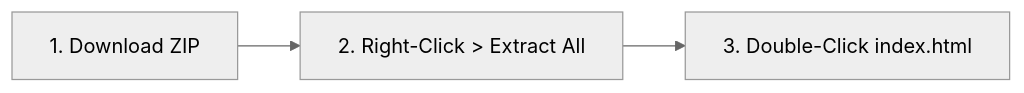
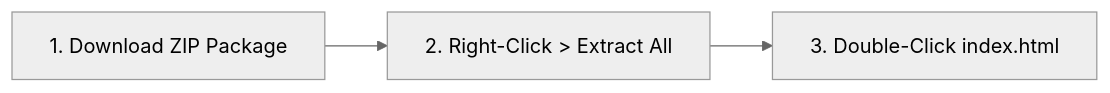
One commit to Goanarchy/SBBT changed the diagram in START_HERE_USER_GUIDE.md. Above: the diagram before and after it, drawn with Mermaid (neutral theme). The commit also changed other lines of this file and 11 other files, not shown here.

````diff
--- a/START_HERE_USER_GUIDE.md
+++ b/START_HERE_USER_GUIDE.md
@@ -33,5 +30,5 @@
 ```mermaid
 flowchart LR
-    A["1. Download ZIP"] --> B["2. Right-Click > Extract All"]
+    A["1. Download ZIP Package"] --> B["2. Right-Click > Extract All"]
     B --> C["3. Double-Click index.html"]
 ```
````
